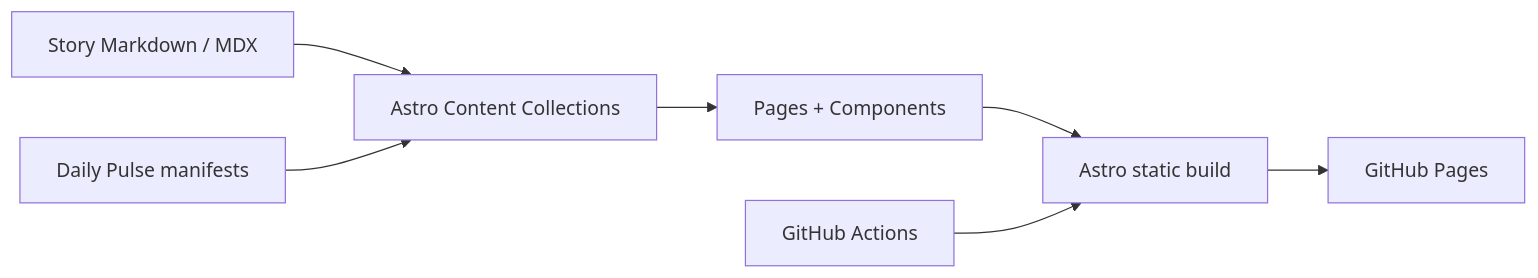
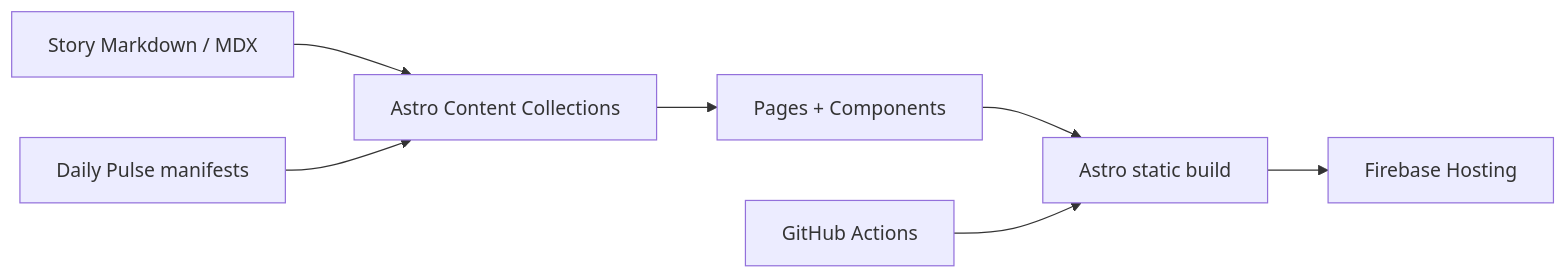
One commit to GadDev/daily-ai-pulse changed the diagram in docs/ARCHITECTURE.md. Above: the diagram before and after it, drawn with Mermaid. The commit also changed other lines of this file and 7 other files, not shown here.

First line of the commit message:
docs(hosting): finish Firebase post-cutover links and privacy cleanup (#155)

````diff
--- a/docs/ARCHITECTURE.md
+++ b/docs/ARCHITECTURE.md
@@ -7,9 +7,9 @@
 ```mermaid
 flowchart LR
   A[Story Markdown / MDX] --> C[Astro Content Collections]
   B[Daily Pulse manifests] --> C
   C --> D[Pages + Components]
   D --> E[Astro static build]
-  E --> F[GitHub Pages]
+  E --> F[Firebase Hosting]
   G[GitHub Actions] --> E
 ```
````
